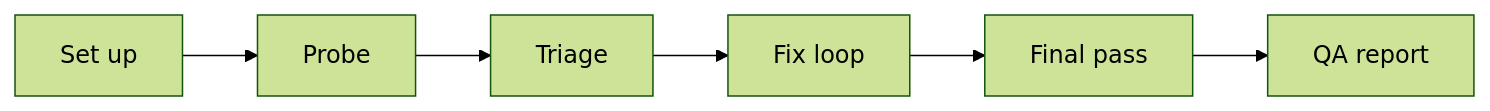
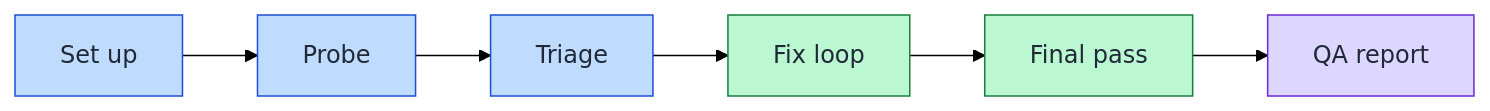
Before and after one commit to victusfate/scaffold: the diagram in docs/diagrams/pages/qa.md, drawn with Mermaid (forest theme). The commit also changed other lines of this file and 20 other files, not shown here.

First line of the commit message:
docs(diagram-explorer-md): lane colors from the diagram palette; short LLM block

````diff
--- a/docs/diagrams/pages/qa.md
+++ b/docs/diagrams/pages/qa.md
@@ -7,8 +7,14 @@
 ```mermaid
 flowchart LR
   n_setup["Set up"] --> n_probe["Probe"]
   n_probe["Probe"] --> n_triage["Triage"]
   n_triage["Triage"] --> n_fixloop["Fix loop"]
   n_fixloop["Fix loop"] --> n_final["Final pass"]
   n_final["Final pass"] --> n_report["QA report"]
+  classDef lane0 fill:#bfdbfe,stroke:#1d4ed8,color:#1f2937
+  classDef lane1 fill:#bbf7d0,stroke:#15803d,color:#1f2937
+  classDef lane2 fill:#ddd6fe,stroke:#6d28d9,color:#1f2937
+  class n_setup,n_probe,n_triage lane0
+  class n_fixloop,n_final lane1
+  class n_report lane2
 ```
````
